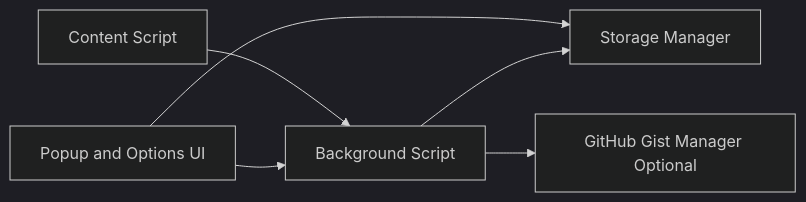
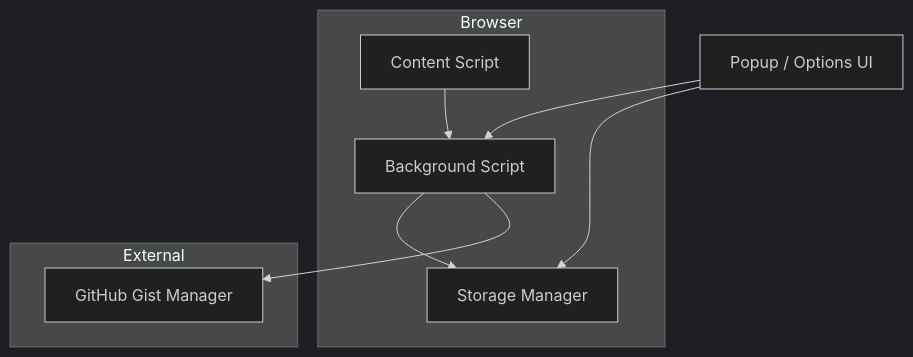
The diagram in README.md (GoldLion123RP/typewise-extension), drawn with Mermaid (dark theme) before and after one commit. The commit also changed other lines of this file and 5 other files, not shown here.

````diff
--- a/README.md
+++ b/README.md
@@ -31,8 +52,18 @@
 ```mermaid
-flowchart LR
-		UI[Popup and Options UI] --> BG[Background Script]
-		CS[Content Script] --> BG
-		BG --> ST[Storage Manager]
-		UI --> ST
-		BG --> GH[GitHub Gist Manager Optional]
+flowchart TD
+    UI[Popup / Options UI] --> BG[Background Script]
+    CS[Content Script] --> BG
+    BG --> ST[Storage Manager]
+    UI --> ST
+    BG --> GH[GitHub Gist Manager]
+    
+    subgraph Browser
+    CS
+    BG
+    ST
+    end
+    
+    subgraph External
+    GH
+    end
 ```
````
